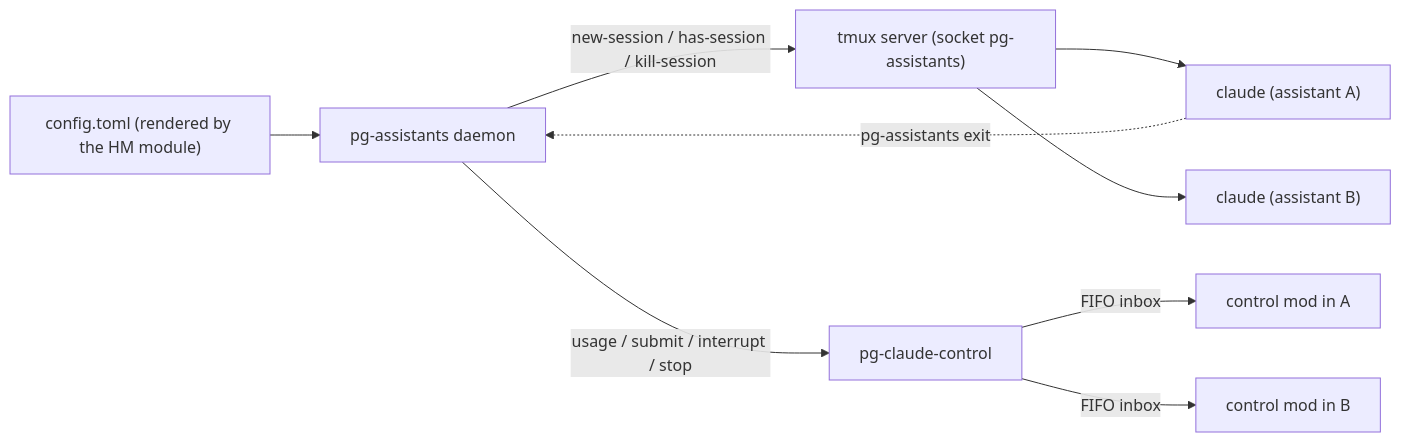
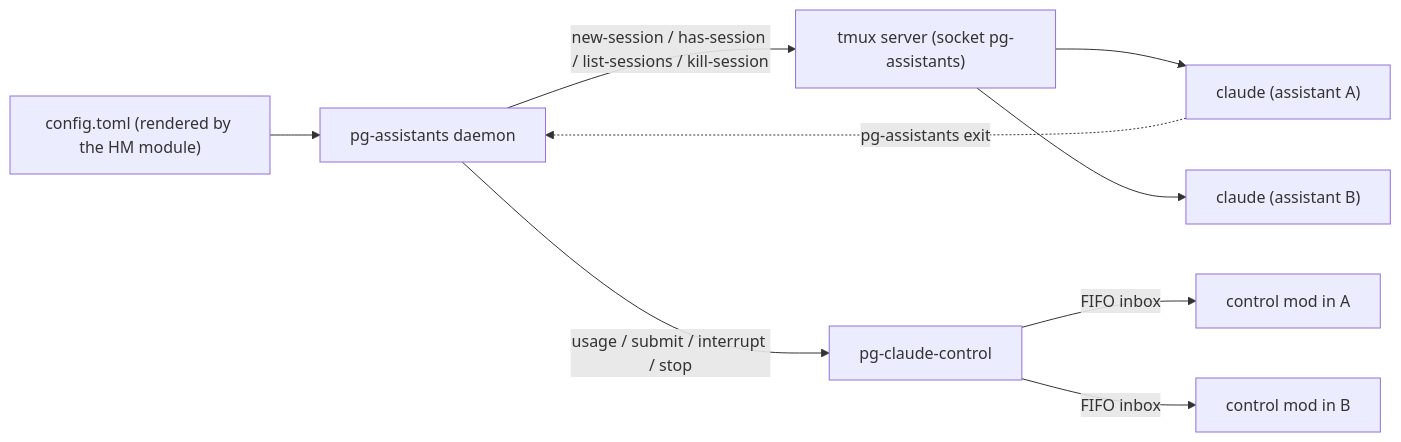
Before and after one commit to phillipgreenii/nix-agent-support: the diagram in docs/superpowers/specs/2026-11-16-pg-assistants-design.md, drawn with Mermaid. The commit also changed other lines of this file and 1 other file, not shown here.

First line of the commit message:
pg-assistants: revise the design and plan after the second review

````diff
--- a/docs/superpowers/specs/2026-11-16-pg-assistants-design.md
+++ b/docs/superpowers/specs/2026-11-16-pg-assistants-design.md
@@ -65,11 +72,11 @@
 ```mermaid
 flowchart LR
   CFG["config.toml (rendered by the HM module)"] --> D["pg-assistants daemon"]
-  D -- "new-session / has-session / kill-session" --> T["tmux server (socket pg-assistants)"]
+  D -- "new-session / has-session / list-sessions / kill-session" --> T["tmux server (socket pg-assistants)"]
   T --> C1["claude (assistant A)"]
   T --> C2["claude (assistant B)"]
   D -- "usage / submit / interrupt / stop" --> PCC["pg-claude-control"]
   PCC -- "FIFO inbox" --> M1["control mod in A"]
   PCC -- "FIFO inbox" --> M2["control mod in B"]
   C1 -. "pg-assistants exit" .-> D
 ```
````
